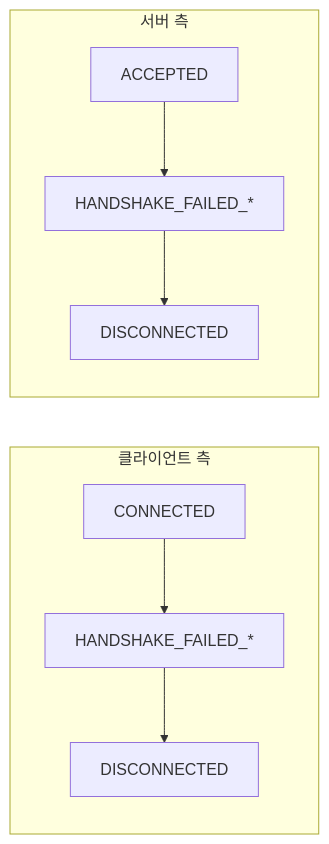
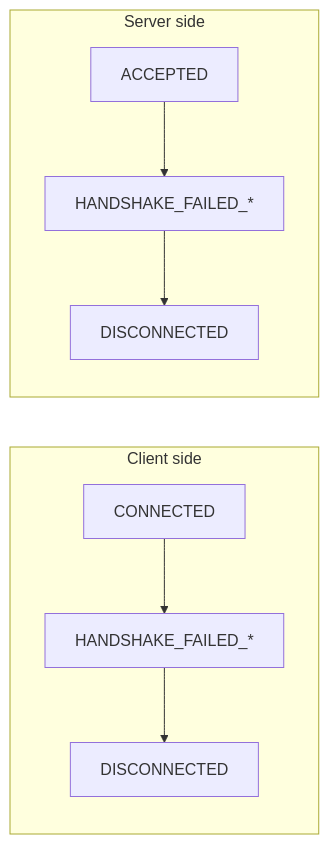
Before and after one commit to kairos-code-dev/zlink: the third of 5 diagrams in doc/guide/06-monitoring.ko.md, drawn with Mermaid. The commit also changed other lines of this file and 53 other files, not shown here.

````diff
--- a/doc/guide/06-monitoring.ko.md
+++ b/doc/guide/06-monitoring.ko.md
@@ -155,9 +155,9 @@
 ```mermaid
 flowchart LR
-    subgraph 클라이언트 측
+    subgraph Client side
         CO[CONNECTED] --> HF1[HANDSHAKE_FAILED_*] --> D1[DISCONNECTED]
     end
-    subgraph 서버 측
+    subgraph Server side
         A[ACCEPTED] --> HF2[HANDSHAKE_FAILED_*] --> D2[DISCONNECTED]
     end
 ```
````
